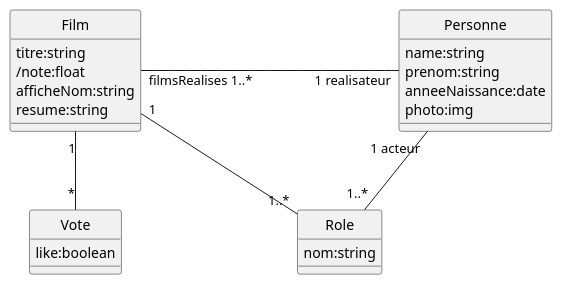
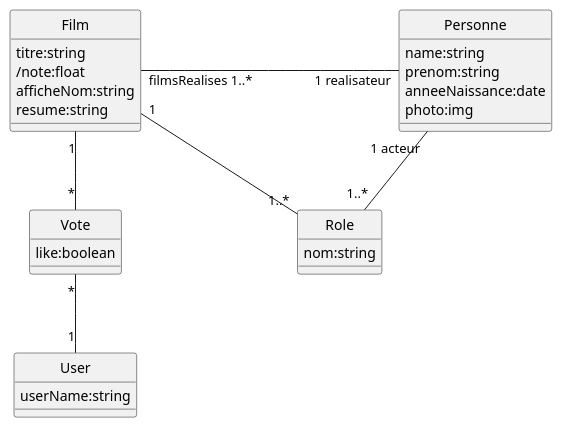
One commit to ocapuozzo/cinema1 changed the diagram in src/docs/analyse.puml. Above: the diagram before and after it, drawn with PlantUML. The commit also changed 14 other files, not shown here.

```diff
--- a/src/docs/analyse.puml
+++ b/src/docs/analyse.puml
@@ -1,30 +1,35 @@
 @startuml
 class Film{
 titre:string
 /note:float
 afficheNom:string
 resume:string
 
 }
 class Personne{
 name:string
 prenom:string
 anneeNaissance:date
 photo:img
 
 
 }
 class Role{
 nom:string
 }
 class Vote{
 like:boolean
 }
 
+class User{
+ userName:string
+}
+
+
 Film "filmsRealises 1..*" - "1 realisateur" Personne :"\t\t\t\t\t\t\t\t"
 Personne "1 acteur" -- "1..*"Role :"\t\t"
 Film "1" -- "*" Vote
 Film "1" - "1..*" Role
-
+Vote "*" -- "1" User :" "
 hide circle
 @enduml
```
